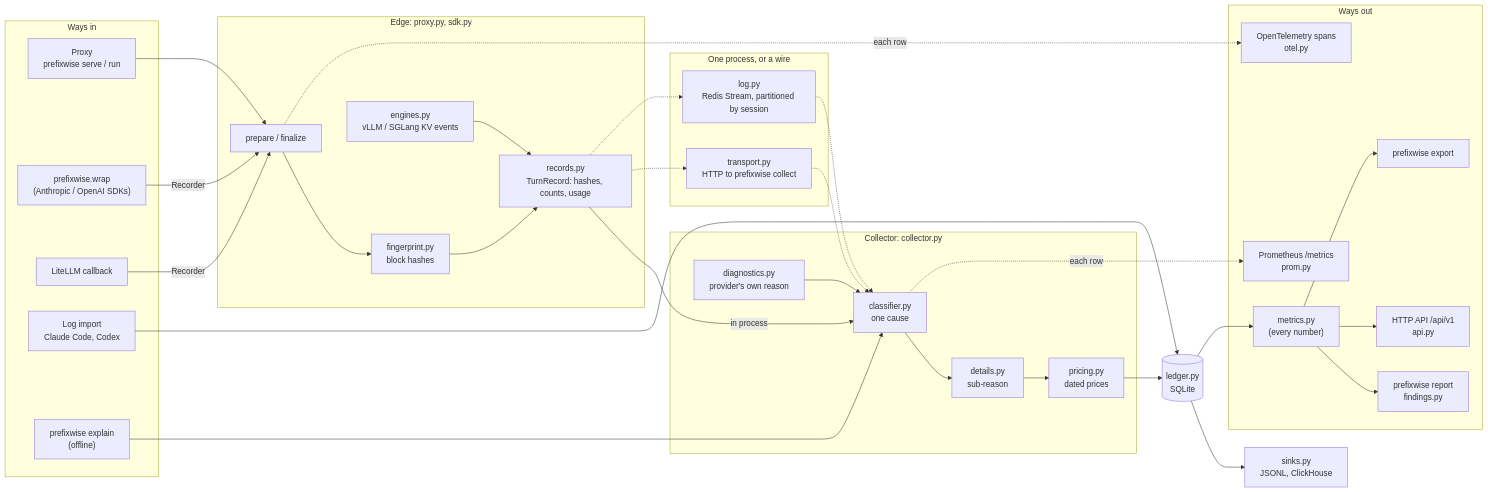
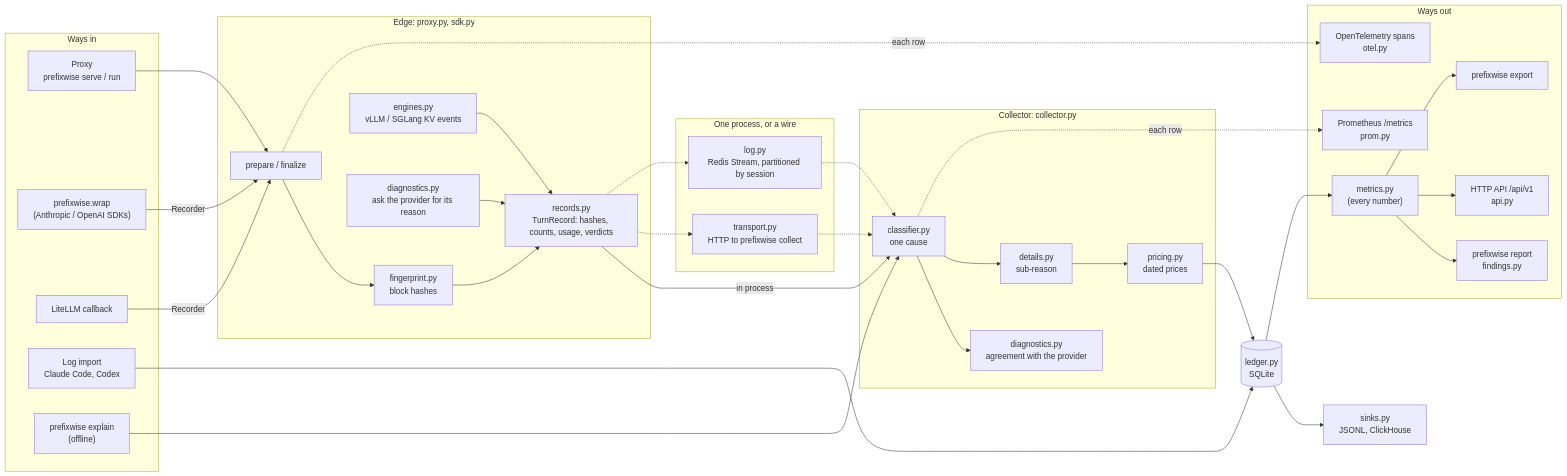
The first of 2 diagrams in docs/ARCHITECTURE.md (tejachavali/prefixwise), drawn with Mermaid before and after one commit. The commit also changed other lines of this file and 5 other files, not shown here.

First line of the commit message:
Figure and doc review: the KV join and spans are the edge's; collect --otel removed

````diff
--- a/docs/ARCHITECTURE.md
+++ b/docs/ARCHITECTURE.md
@@ -29,54 +31,56 @@
 ```mermaid
 flowchart LR
   subgraph IN[Ways in]
     P["Proxy<br/>prefixwise serve / run"]
     W["prefixwise.wrap<br/>(Anthropic / OpenAI SDKs)"]
     L["LiteLLM callback"]
     I["Log import<br/>Claude Code, Codex"]
     X["prefixwise explain<br/>(offline)"]
   end
   subgraph edge[Edge: proxy.py, sdk.py]
     PR["prepare / finalize"]
     F["fingerprint.py<br/>block hashes"]
     E["engines.py<br/>vLLM / SGLang KV events"]
-    REC["records.py<br/>TurnRecord: hashes, counts, usage"]
+    N["diagnostics.py<br/>ask the provider for its reason"]
+    REC["records.py<br/>TurnRecord: hashes, counts, usage, verdicts"]
   end
   subgraph wire[One process, or a wire]
     T["transport.py<br/>HTTP to prefixwise collect"]
     LOG["log.py<br/>Redis Stream, partitioned by session"]
   end
   subgraph coll[Collector: collector.py]
     C["classifier.py<br/>one cause"]
     D["details.py<br/>sub-reason"]
-    N["diagnostics.py<br/>provider's own reason"]
+    SC["diagnostics.py<br/>agreement with the provider"]
     PZ["pricing.py<br/>dated prices"]
   end
   LED[("ledger.py<br/>SQLite")]
   SK["sinks.py<br/>JSONL, ClickHouse"]
   subgraph OUT[Ways out]
     R["prefixwise report<br/>findings.py"]
     A["HTTP API /api/v1<br/>api.py"]
     M["metrics.py<br/>(every number)"]
     PM["Prometheus /metrics<br/>prom.py"]
     OT["OpenTelemetry spans<br/>otel.py"]
     EX["prefixwise export"]
   end
   P --> PR
   W -->|Recorder| PR
   L -->|Recorder| PR
   I --> LED
   X --> C
   PR --> F --> REC
   E --> REC
+  N --> REC
   REC -->|in process| C
   REC -.-> T -.-> C
   REC -.-> LOG -.-> C
-  N --> C
+  C --> SC
   C --> D --> PZ --> LED
   LED --> SK
   C -. each row .-> PM
   PR -. each row .-> OT
   LED --> M --> R
   M --> A
   M --> EX
 ```
````
